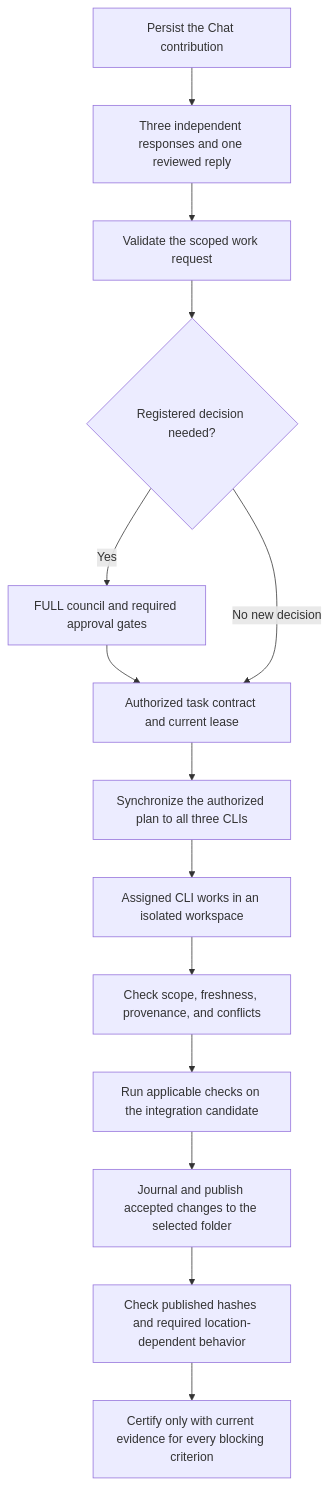
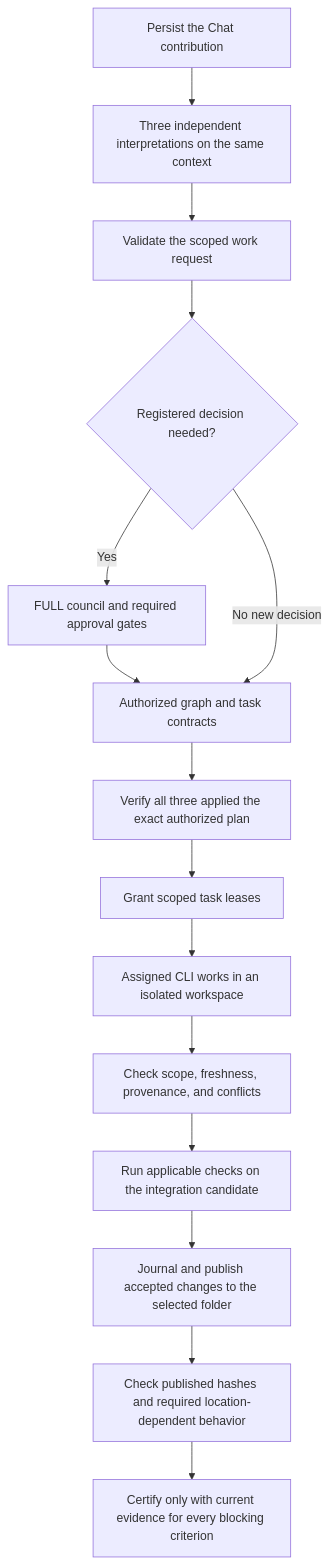
Before and after one commit to pavan53732/Mayasaba-App: the diagram in README.md, drawn with Mermaid. The commit also changed other lines of this file and 4 other files, not shown here.

````diff
--- a/README.md
+++ b/README.md
@@ -101,16 +114,17 @@
 ```mermaid
 flowchart TD
-    Contribution["Persist the Chat contribution"] --> Chat["Three independent responses and one reviewed reply"]
-    Chat --> Request["Validate the scoped work request"]
+    Contribution["Persist the Chat contribution"] --> Inputs["Three independent interpretations on the same context"]
+    Inputs --> Request["Validate the scoped work request"]
     Request --> Decision{"Registered decision needed?"}
     Decision -- "Yes" --> Council["FULL council and required approval gates"]
-    Council --> Plan["Authorized task contract and current lease"]
+    Council --> Plan["Authorized graph and task contracts"]
     Decision -- "No new decision" --> Plan
-    Plan --> Sync["Synchronize the authorized plan to all three CLIs"]
-    Sync --> Work["Assigned CLI works in an isolated workspace"]
+    Plan --> Sync["Verify all three applied the exact authorized plan"]
+    Sync --> Lease["Grant scoped task leases"]
+    Lease --> Work["Assigned CLI works in an isolated workspace"]
     Work --> Candidate["Check scope, freshness, provenance, and conflicts"]
     Candidate --> Validate["Run applicable checks on the integration candidate"]
     Validate --> Publish["Journal and publish accepted changes to the selected folder"]
     Publish --> Final["Check published hashes and required location-dependent behavior"]
     Final --> Complete["Certify only with current evidence for every blocking criterion"]
 ```
````
